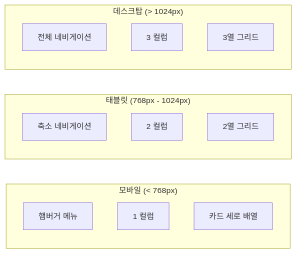
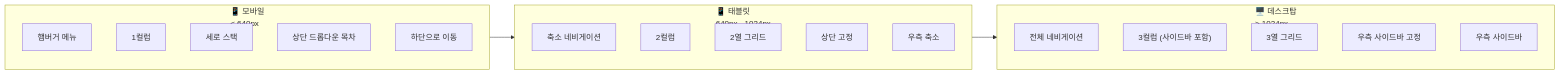
One commit to Uginim/gnajournal changed diagram 16 of 17 in docs/design/screen-flow.md. Above: the diagram before and after it, drawn with Mermaid. The commit also changed other lines of this file and 9 other files, not shown here.

````diff
--- a/docs/design/screen-flow.md
+++ b/docs/design/screen-flow.md
@@ -150,20 +535,28 @@
 ```mermaid
-graph LR
-    subgraph Mobile["모바일 (< 768px)"]
-        M_Nav[햄버거 메뉴]
-        M_Content[1 컬럼]
-        M_Cards[카드 세로 배열]
+flowchart LR
+    subgraph Mobile["📱 모바일<br/>< 640px"]
+        M_Nav["햄버거 메뉴"]
+        M_Layout["1컬럼"]
+        M_Cards["세로 스택"]
+        M_TOC["상단 드롭다운 목차"]
+        M_Sidebar["하단으로 이동"]
     end
 
-    subgraph Tablet["태블릿 (768px - 1024px)"]
-        T_Nav[축소 네비게이션]
-        T_Content[2 컬럼]
-        T_Cards[2열 그리드]
+    subgraph Tablet["📱 태블릿<br/>640px - 1024px"]
+        T_Nav["축소 네비게이션"]
+        T_Layout["2컬럼"]
+        T_Cards["2열 그리드"]
+        T_TOC["상단 고정"]
+        T_Sidebar["우측 축소"]
     end
 
-    subgraph Desktop["데스크탑 (> 1024px)"]
-        D_Nav[전체 네비게이션]
-        D_Content[3 컬럼]
-        D_Cards[3열 그리드]
+    subgraph Desktop["🖥️ 데스크탑<br/>> 1024px"]
+        D_Nav["전체 네비게이션"]
+        D_Layout["3컬럼 (사이드바 포함)"]
+        D_Cards["3열 그리드"]
+        D_TOC["우측 사이드바 고정"]
+        D_Sidebar["우측 사이드바"]
     end
+
+    Mobile --> Tablet --> Desktop
 ```
````
